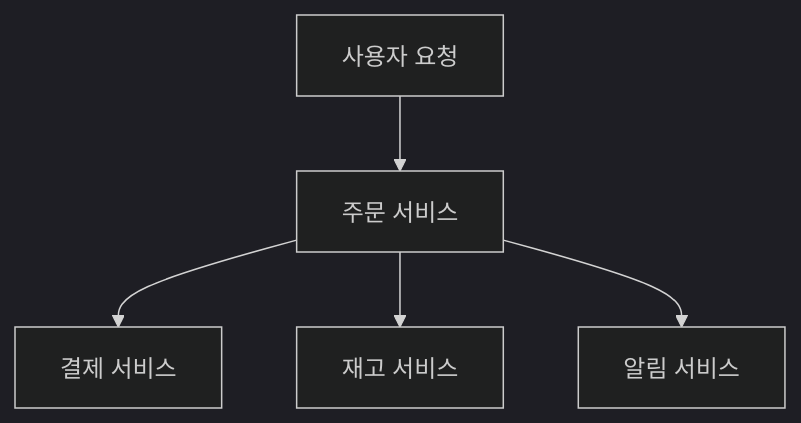
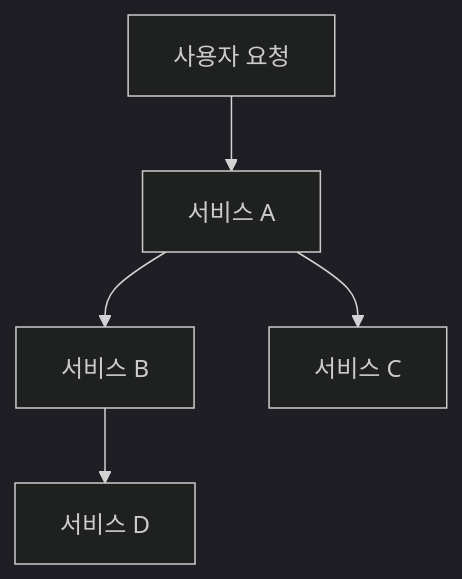
One commit to rlaehdwn0105/istio-study changed the first of 5 diagrams in posts/week1-istio-intro.md. Above: the diagram before and after it, drawn with Mermaid (dark theme). The commit also changed other lines of this file and 1 other file, not shown here.

````diff
--- a/posts/week1-istio-intro.md
+++ b/posts/week1-istio-intro.md
@@ -82,13 +26,7 @@
 ```mermaid
 flowchart TD
-    U[사용자 요청]
-    A[주문 서비스]
-    B[결제 서비스]
-    C[재고 서비스]
-    D[알림 서비스]
-
-    U --> A
-    A --> B
-    A --> C
-    A --> D
+    U[사용자 요청] --> A[서비스 A]
+    A --> B[서비스 B]
+    A --> C[서비스 C]
+    B --> D[서비스 D]
 ```
````
